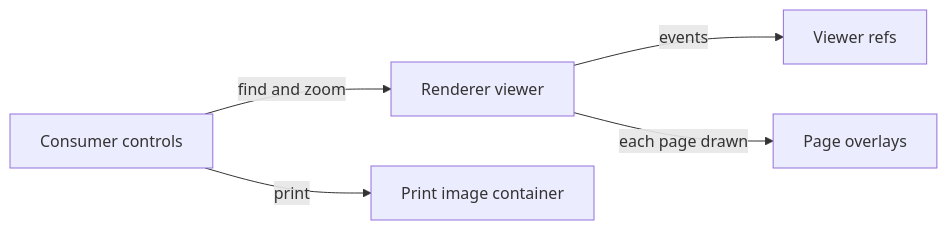
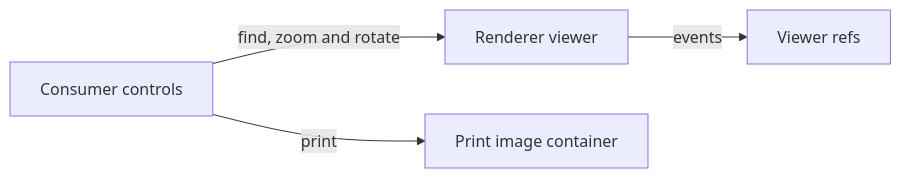
One commit to Esposter/Esposter changed the diagram in openspec/specs/vue-pdfjs-headless/viewer/design.md. Above: the diagram before and after it, drawn with Mermaid. The commit also changed other lines of this file and 12 other files, not shown here.

````diff
--- a/openspec/specs/vue-pdfjs-headless/viewer/design.md
+++ b/openspec/specs/vue-pdfjs-headless/viewer/design.md
@@ -21,7 +19,6 @@
 ```mermaid
 flowchart LR
   renderer["Renderer viewer"] -->|"events"| refs["Viewer refs"]
-  controls["Consumer controls"] -->|"find and zoom"| renderer
-  renderer -->|"each page drawn"| overlays["Page overlays"]
+  controls["Consumer controls"] -->|"find, zoom and rotate"| renderer
   controls -->|"print"| sheets["Print image container"]
 ```
````
